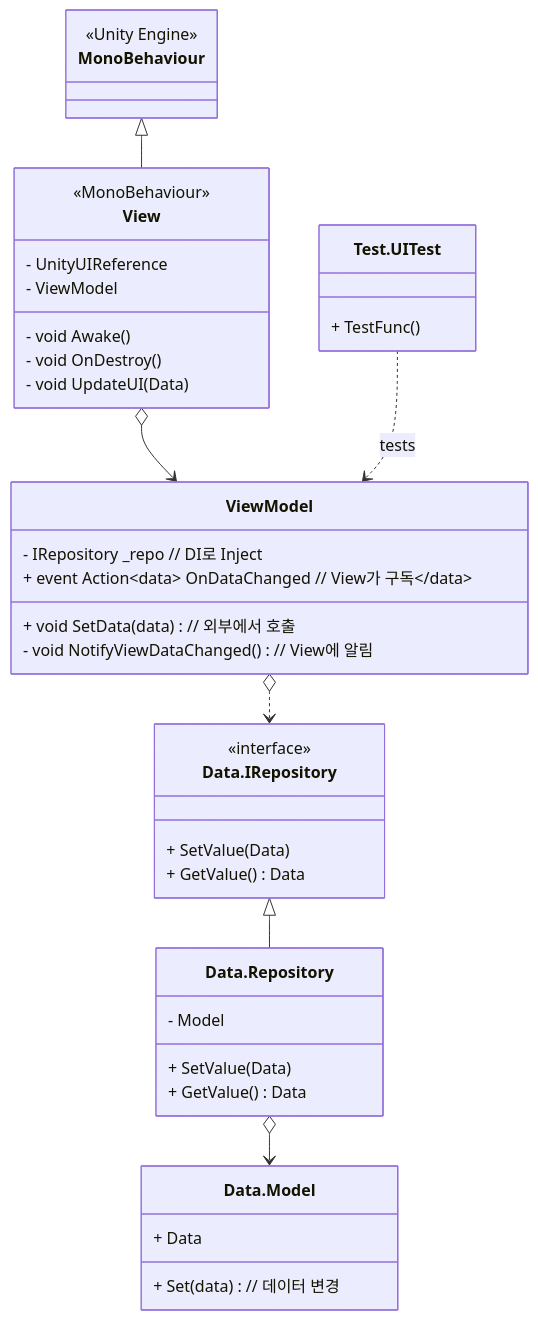
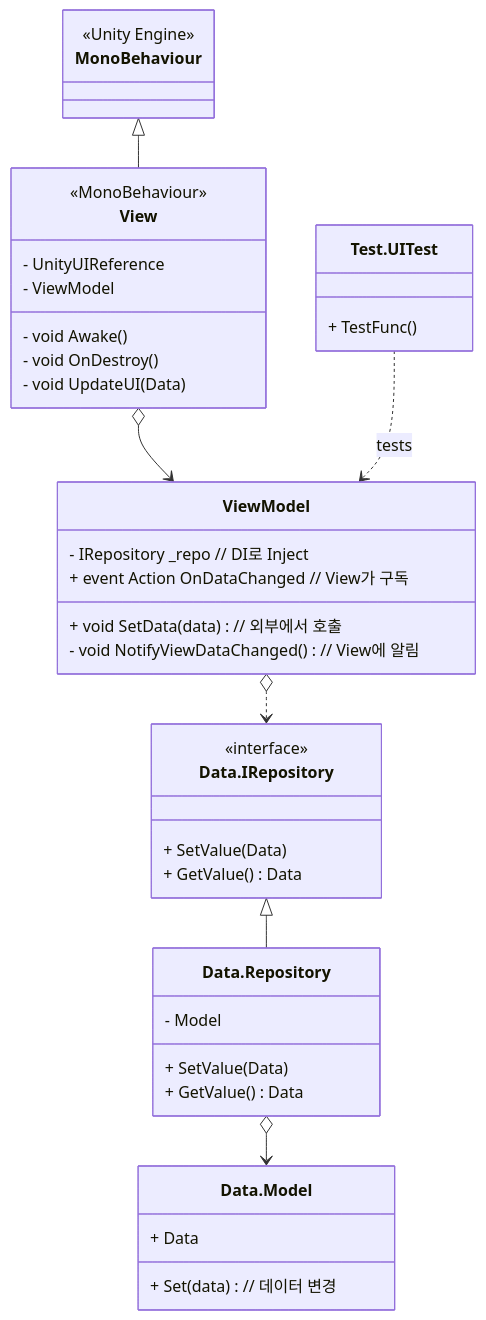
The third of 3 diagrams in _Doc/System.md (HyunWoo-Jo/ProjectHS), drawn with Mermaid before and after one commit. The commit also changed other lines of this file, not shown here.

````diff
--- a/_Doc/System.md
+++ b/_Doc/System.md
@@ -67,59 +128,61 @@
 ```mermaid
 classDiagram
+    class MonoBehaviour {
+        <<Unity Engine>>
+    }
+
+    class Test.UITest {
+        + TestFunc()
+    }
+subgraph VVM
     class View {
         <<MonoBehaviour>>
         - UnityUIReference
         - ViewModel
 
         - void Awake()
         - void OnDestroy()
         - void UpdateUI(Data )
     }
 
     class ViewModel {
         - IRepository _repo // DI로 Inject
-        + event Action<Data> OnDataChanged // View가 구독
+        + event Action OnDataChanged // View가 구독
 
         + void SetData(data)  // 외부에서 호출
         - void NotifyViewDataChanged() // View에 알림
     }
-
-    class Data.Model {
-        + Data
-        + Set(data) // 데이터 변경
-    }
-
-    class MonoBehaviour {
-        <<Unity Engine>>
-    }
-    
-    class Test.UITest {
-        + TestFunc()
-    }
+end
+subgraph DataAcess
     class Data.IRepository {
         <<interface>>
         + SetValue(Data)
         + GetValue() Data
     }
     class Data.Repository {
         - Model
         + SetValue(Data)
         + GetValue() Data
     }
+    class Data.Model {
+        + Data
+        + Set(data) // 데이터 변경
+    }
+end
 
 
     MonoBehaviour <|-- View 
     View o--> ViewModel
 
     ViewModel o..> Data.IRepository
     Data.IRepository <|-- Data.Repository
     Data.Repository o--> Data.Model
     
     Test.UITest ..> ViewModel : tests
     
 
     %% Notes:
     %% o-- : Composition/Aggregation 
     %% --|> : Inheritance 상속
     %% ..> : Dependency / Interaction 
 ```
````
